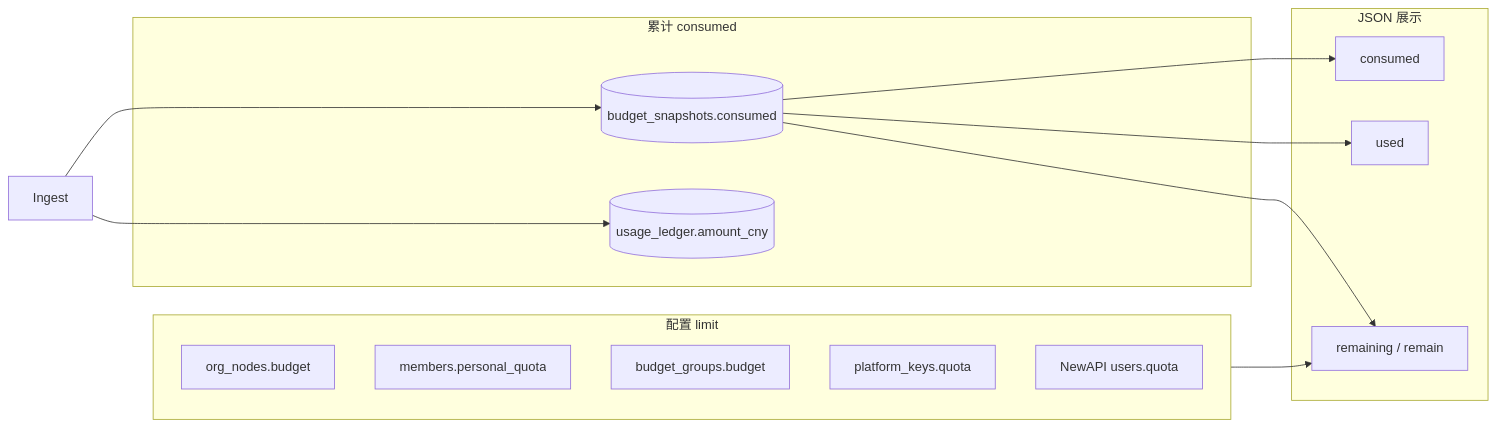
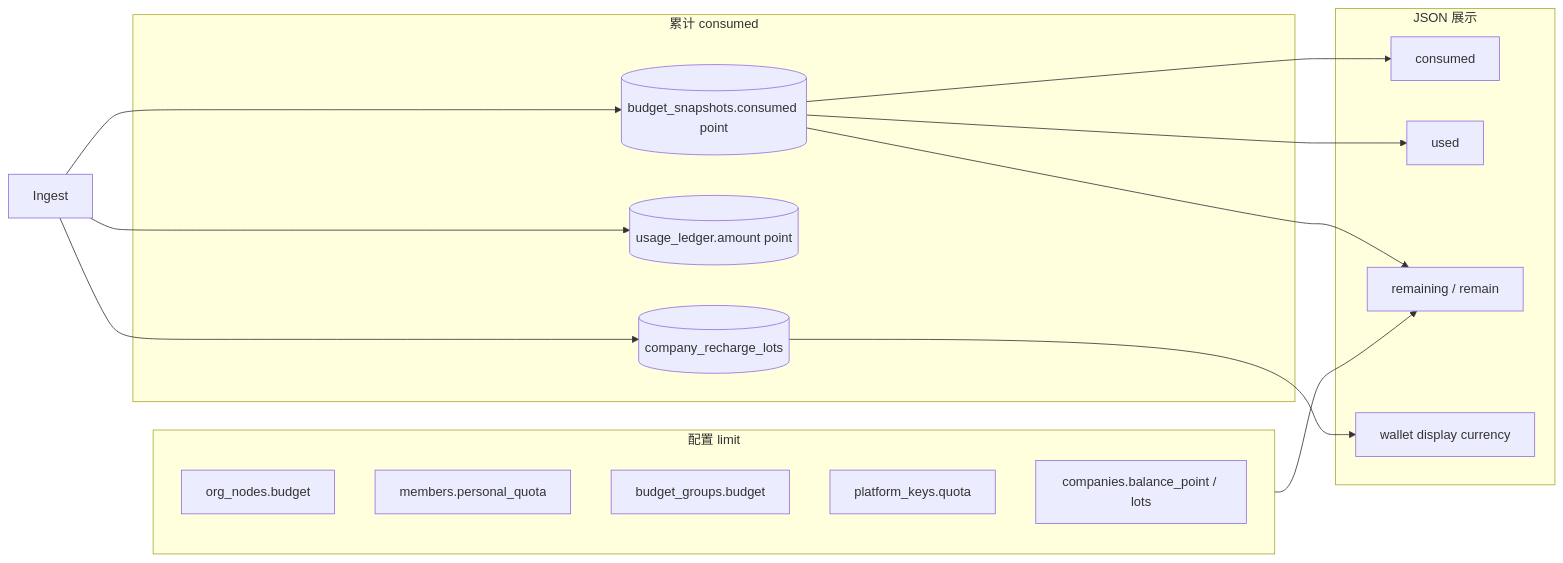
One commit to quyip8818/mytokenjoy changed the seventh of 7 diagrams in docs/Backend-存储架构.md. Above: the diagram before and after it, drawn with Mermaid. The commit also changed other lines of this file and 115 other files, not shown here.

````diff
--- a/docs/Backend-存储架构.md
+++ b/docs/Backend-存储架构.md
@@ -229,26 +229,29 @@
 ```mermaid
 flowchart LR
   subgraph assign [配置 limit]
     OB[org_nodes.budget]
     PQ[members.personal_quota]
     BG[budget_groups.budget]
     PKQ[platform_keys.quota]
-    WAL[NewAPI users.quota]
+    WAL[companies.balance_point / lots]
   end
 
   subgraph spend [累计 consumed]
-    BS[(budget_snapshots.consumed)]
-    UL[(usage_ledger.amount_cny)]
+    BS[(budget_snapshots.consumed point)]
+    UL[(usage_ledger.amount point)]
+    LOT[(company_recharge_lots)]
   end
 
   subgraph api [JSON 展示]
     C[consumed]
     U[used]
     R[remaining / remain]
+    W[wallet display currency]
   end
 
-  ING[Ingest] --> BS & UL
+  ING[Ingest] --> BS & UL & LOT
   BS --> C & U
   assign --> R
   BS --> R
+  LOT --> W
 ```
````
